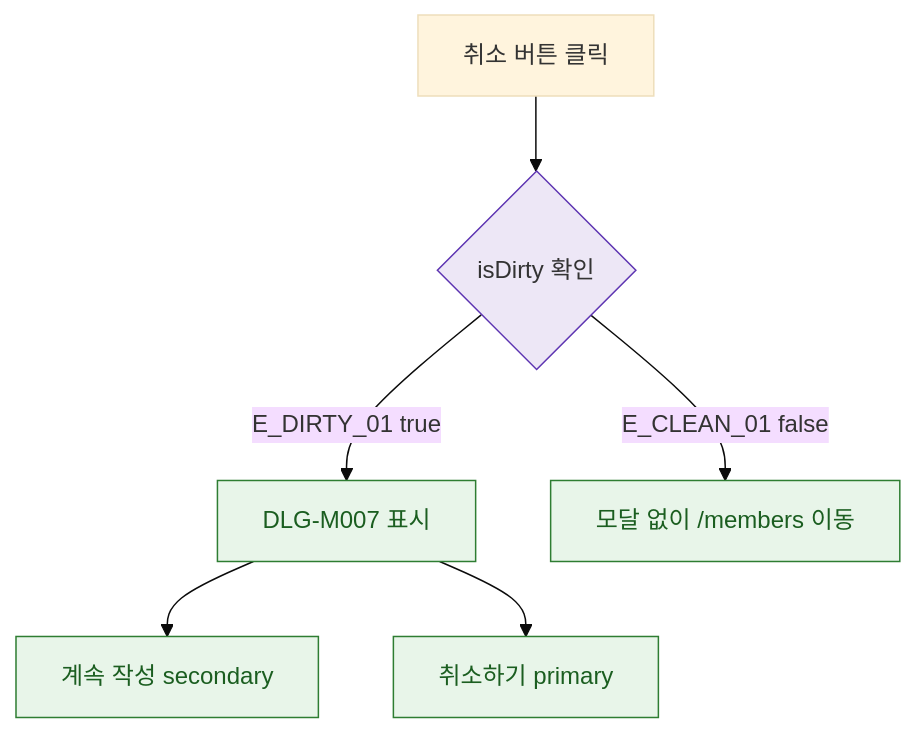
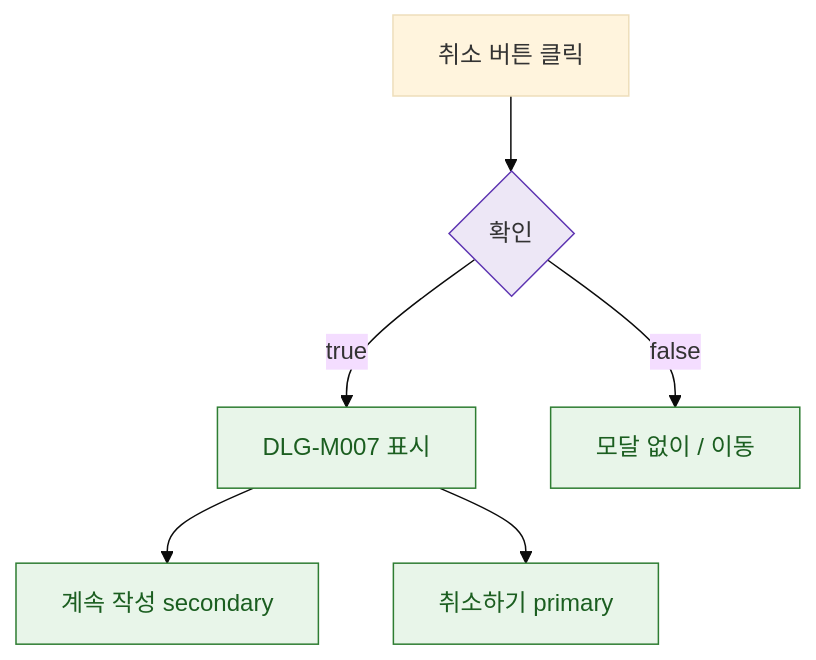
One commit to dev-spogym/admin-pando changed the diagram in docs/다이어그램/D02_회원관리/DLG/DLG-M007_취소확인/M2_필드검증.md. Above: the diagram before and after it, drawn with Mermaid (base theme). The commit also changed other lines of this file and 1660 other files, not shown here.

First line of the commit message:
다이어그램: 기획자/클라이언트 납품본으로 정리

````diff
--- a/docs/다이어그램/D02_회원관리/DLG/DLG-M007_취소확인/M2_필드검증.md
+++ b/docs/다이어그램/D02_회원관리/DLG/DLG-M007_취소확인/M2_필드검증.md
@@ -22,17 +20,17 @@
 ```mermaid
 flowchart TD
   BTN_CANCEL[취소 버튼 클릭]
 
-  BTN_CANCEL --> CHECK_DIRTY{isDirty 확인}
-  CHECK_DIRTY -->|E_DIRTY_01 true| SHOW_DLG[DLG-M007 표시]
-  CHECK_DIRTY -->|E_CLEAN_01 false| SKIP[모달 없이 /members 이동]
+  BTN_CANCEL --> CHECK_DIRTY{확인}
+  CHECK_DIRTY -->|true|SHOW_DLG[DLG-M007 표시]
+  CHECK_DIRTY -->|false|SKIP[모달 없이 / 이동]
 
   SHOW_DLG --> BTN_CONTINUE[계속 작성 secondary]
   SHOW_DLG --> BTN_EXIT[취소하기 primary]
 
-  classDef system  fill:#EDE7F6,stroke:#5E35B2
+  classDef system fill:#EDE7F6,stroke:#5E35B2
   classDef success fill:#E8F5E9,stroke:#2E7D32,color:#1B5E20
 
   class CHECK_DIRTY system
   class SHOW_DLG,BTN_CONTINUE,BTN_EXIT,SKIP success
 ```
````
